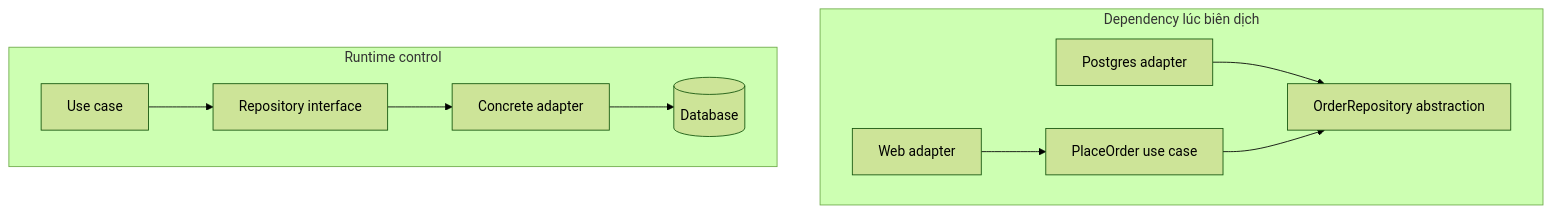
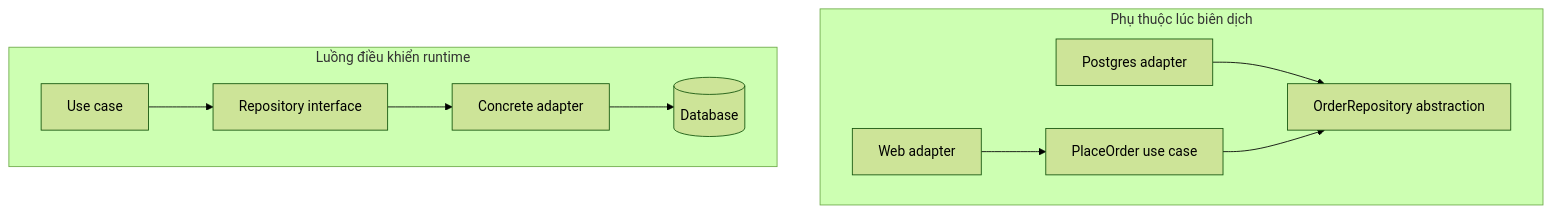
One commit to thucne/software-development-atlas changed the second of 4 diagrams in content/docs/software-architecture/clean-architecture.vi.mdx. Above: the diagram before and after it, drawn with Mermaid (forest theme). The commit also changed other lines of this file and 133 other files, not shown here.

````diff
--- a/content/docs/software-architecture/clean-architecture.vi.mdx
+++ b/content/docs/software-architecture/clean-architecture.vi.mdx
@@ -100,14 +110,14 @@
 ```mermaid
 flowchart TB
-  subgraph CompileTime[Dependency lúc biên dịch]
+  subgraph CompileTime[Phụ thuộc lúc biên dịch]
     UI[Web adapter] --> UC[PlaceOrder use case]
     DBI[Postgres adapter] --> PORT[OrderRepository abstraction]
     UC --> PORT
   end
 
-  subgraph Runtime[Runtime control]
+  subgraph Runtime[Luồng điều khiển runtime]
     RUC[Use case] --> RP[Repository interface]
     RP --> RAD[Concrete adapter]
     RAD --> RDB[(Database)]
   end
 ```
````
